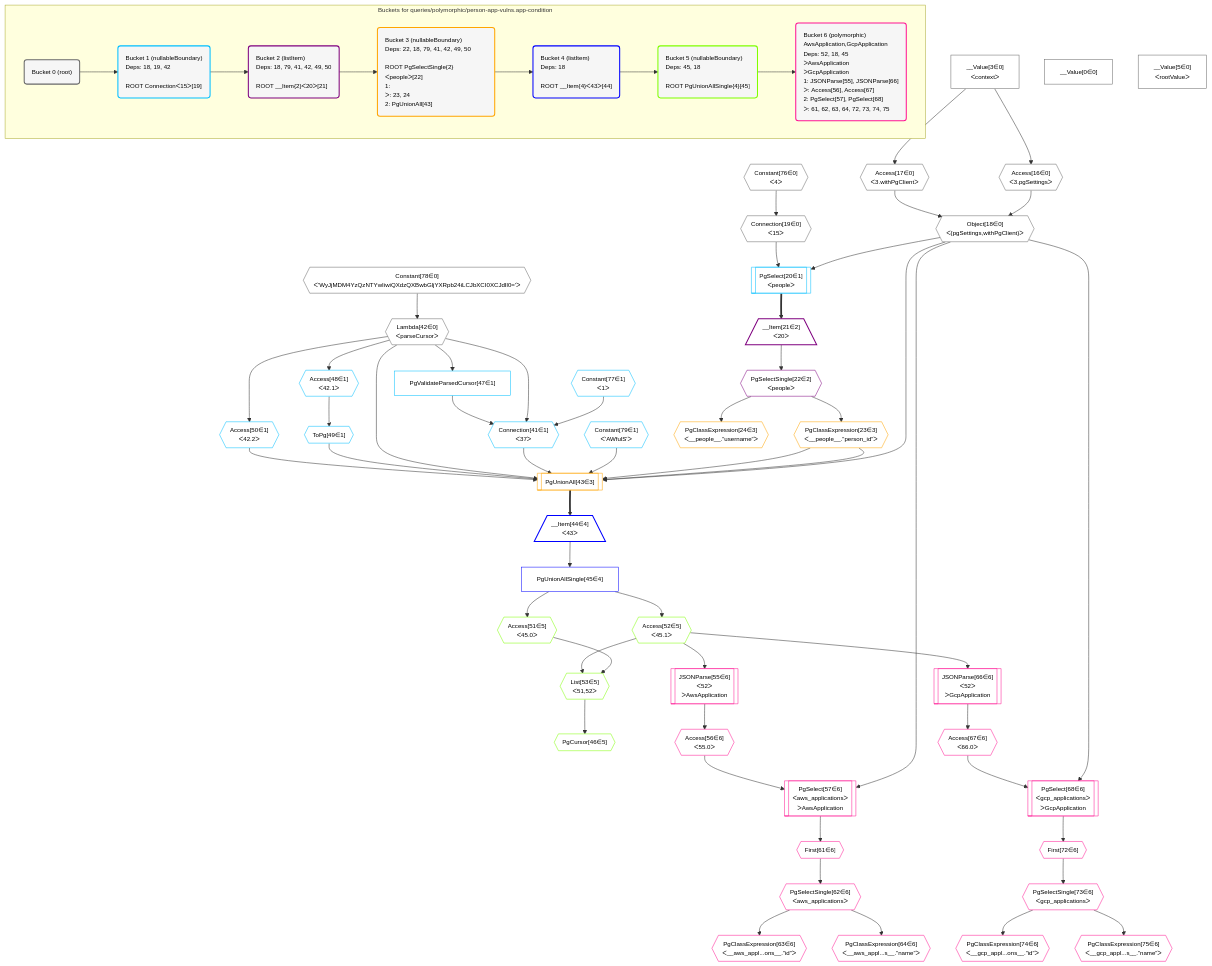
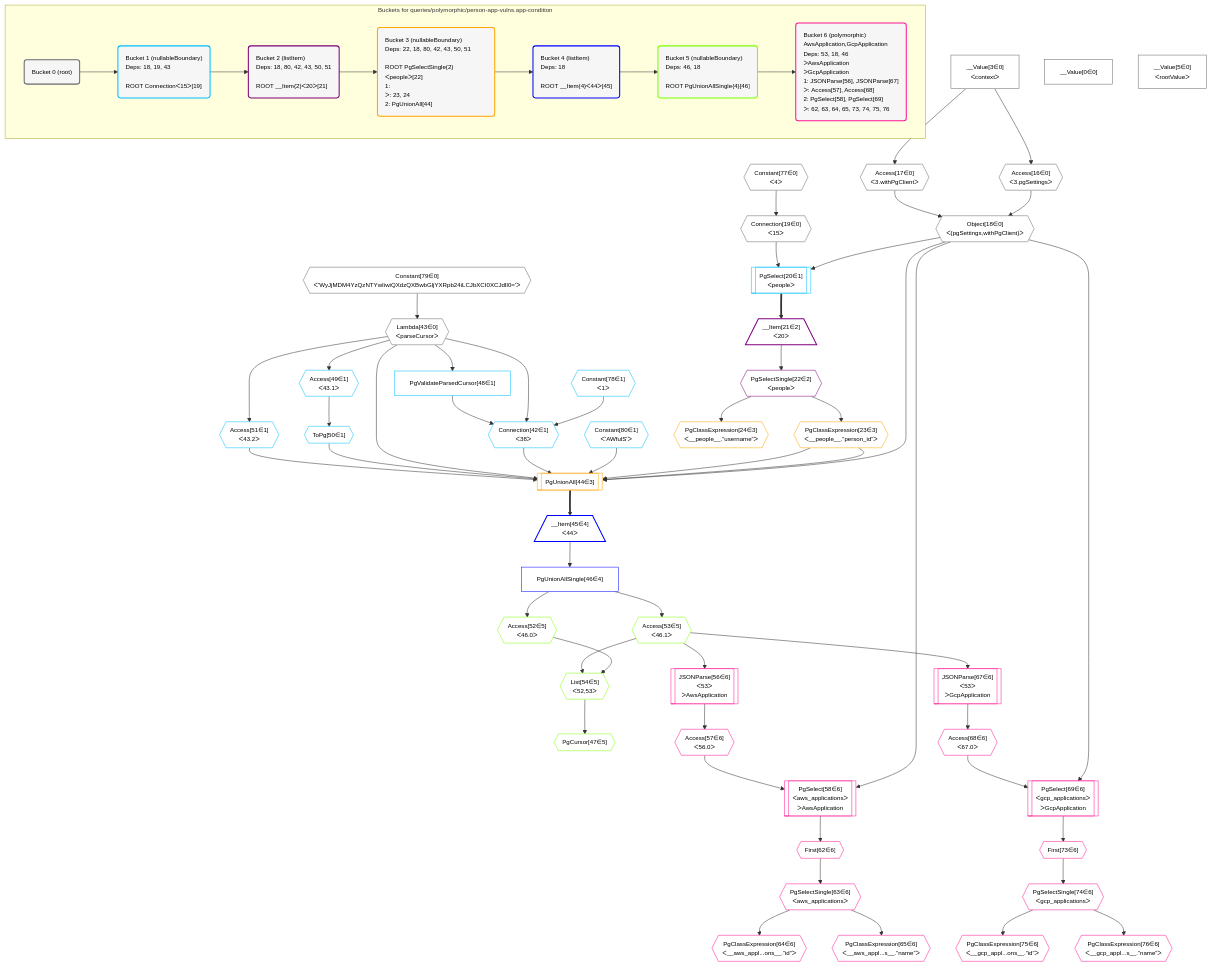
The diagram in postgraphile/postgraphile/__tests__/queries/polymorphic/person-app-vulns.app-condition.mermaid (graphile/crystal), drawn with Mermaid before and after one commit. The commit also changed 11 other files, not shown here.

Commit message:
Update mermaid plan diagrams and schema snapshots

```diff
--- a/postgraphile/postgraphile/__tests__/queries/polymorphic/person-app-vulns.app-condition.mermaid
+++ b/postgraphile/postgraphile/__tests__/queries/polymorphic/person-app-vulns.app-condition.mermaid
@@ -1,122 +1,122 @@
 %%{init: {'themeVariables': { 'fontSize': '12px'}}}%%
 graph TD
     classDef path fill:#eee,stroke:#000,color:#000
     classDef plan fill:#fff,stroke-width:1px,color:#000
     classDef itemplan fill:#fff,stroke-width:2px,color:#000
     classDef unbatchedplan fill:#dff,stroke-width:1px,color:#000
     classDef sideeffectplan fill:#fcc,stroke-width:2px,color:#000
     classDef bucket fill:#f6f6f6,color:#000,stroke-width:2px,text-align:left
 
 
     %% plan dependencies
     Object18{{"Object[18∈0]<br />ᐸ{pgSettings,withPgClient}ᐳ"}}:::plan
     Access16{{"Access[16∈0]<br />ᐸ3.pgSettingsᐳ"}}:::plan
     Access17{{"Access[17∈0]<br />ᐸ3.withPgClientᐳ"}}:::plan
     Access16 & Access17 --> Object18
     __Value3["__Value[3∈0]<br />ᐸcontextᐳ"]:::plan
     __Value3 --> Access16
     __Value3 --> Access17
     Connection19{{"Connection[19∈0]<br />ᐸ15ᐳ"}}:::plan
-    Constant76{{"Constant[76∈0]<br />ᐸ4ᐳ"}}:::plan
-    Constant76 --> Connection19
-    Lambda42{{"Lambda[42∈0]<br />ᐸparseCursorᐳ"}}:::plan
-    Constant78{{"Constant[78∈0]<br />ᐸ'WyJjMDM4YzQzNTYwIiwiQXdzQXBwbGljYXRpb24iLCJbXCI0XCJdIl0='ᐳ"}}:::plan
-    Constant78 --> Lambda42
+    Constant77{{"Constant[77∈0]<br />ᐸ4ᐳ"}}:::plan
+    Constant77 --> Connection19
+    Lambda43{{"Lambda[43∈0]<br />ᐸparseCursorᐳ"}}:::plan
+    Constant79{{"Constant[79∈0]<br />ᐸ'WyJjMDM4YzQzNTYwIiwiQXdzQXBwbGljYXRpb24iLCJbXCI0XCJdIl0='ᐳ"}}:::plan
+    Constant79 --> Lambda43
     __Value0["__Value[0∈0]"]:::plan
     __Value5["__Value[5∈0]<br />ᐸrootValueᐳ"]:::plan
-    Connection41{{"Connection[41∈1]<br />ᐸ37ᐳ"}}:::plan
-    Constant77{{"Constant[77∈1]<br />ᐸ1ᐳ"}}:::plan
-    PgValidateParsedCursor47["PgValidateParsedCursor[47∈1]"]:::plan
-    Constant77 & Lambda42 & PgValidateParsedCursor47 --> Connection41
+    Connection42{{"Connection[42∈1]<br />ᐸ38ᐳ"}}:::plan
+    Constant78{{"Constant[78∈1]<br />ᐸ1ᐳ"}}:::plan
+    PgValidateParsedCursor48["PgValidateParsedCursor[48∈1]"]:::plan
+    Constant78 & Lambda43 & PgValidateParsedCursor48 --> Connection42
     PgSelect20[["PgSelect[20∈1]<br />ᐸpeopleᐳ"]]:::plan
     Object18 & Connection19 --> PgSelect20
-    Lambda42 --> PgValidateParsedCursor47
-    Access48{{"Access[48∈1]<br />ᐸ42.1ᐳ"}}:::plan
-    Lambda42 --> Access48
-    ToPg49{{"ToPg[49∈1]"}}:::plan
-    Access48 --> ToPg49
-    Access50{{"Access[50∈1]<br />ᐸ42.2ᐳ"}}:::plan
-    Lambda42 --> Access50
-    Constant79{{"Constant[79∈1]<br />ᐸ'AWfulS'ᐳ"}}:::plan
+    Lambda43 --> PgValidateParsedCursor48
+    Access49{{"Access[49∈1]<br />ᐸ43.1ᐳ"}}:::plan
+    Lambda43 --> Access49
+    ToPg50{{"ToPg[50∈1]"}}:::plan
+    Access49 --> ToPg50
+    Access51{{"Access[51∈1]<br />ᐸ43.2ᐳ"}}:::plan
+    Lambda43 --> Access51
+    Constant80{{"Constant[80∈1]<br />ᐸ'AWfulS'ᐳ"}}:::plan
     __Item21[/"__Item[21∈2]<br />ᐸ20ᐳ"\]:::itemplan
     PgSelect20 ==> __Item21
     PgSelectSingle22{{"PgSelectSingle[22∈2]<br />ᐸpeopleᐳ"}}:::plan
     __Item21 --> PgSelectSingle22
-    PgUnionAll43[["PgUnionAll[43∈3]"]]:::plan
+    PgUnionAll44[["PgUnionAll[44∈3]"]]:::plan
     PgClassExpression23{{"PgClassExpression[23∈3]<br />ᐸ__people__.”person_id”ᐳ"}}:::plan
-    Object18 & PgClassExpression23 & PgClassExpression23 & Constant79 & Connection41 & Lambda42 & ToPg49 & Access50 --> PgUnionAll43
+    Object18 & PgClassExpression23 & PgClassExpression23 & Constant80 & Connection42 & Lambda43 & ToPg50 & Access51 --> PgUnionAll44
     PgSelectSingle22 --> PgClassExpression23
     PgClassExpression24{{"PgClassExpression[24∈3]<br />ᐸ__people__.”username”ᐳ"}}:::plan
     PgSelectSingle22 --> PgClassExpression24
-    __Item44[/"__Item[44∈4]<br />ᐸ43ᐳ"\]:::itemplan
-    PgUnionAll43 ==> __Item44
-    PgUnionAllSingle45["PgUnionAllSingle[45∈4]"]:::plan
-    __Item44 --> PgUnionAllSingle45
-    List53{{"List[53∈5]<br />ᐸ51,52ᐳ"}}:::plan
-    Access51{{"Access[51∈5]<br />ᐸ45.0ᐳ"}}:::plan
-    Access52{{"Access[52∈5]<br />ᐸ45.1ᐳ"}}:::plan
-    Access51 & Access52 --> List53
-    PgCursor46{{"PgCursor[46∈5]"}}:::plan
-    List53 --> PgCursor46
-    PgUnionAllSingle45 --> Access51
-    PgUnionAllSingle45 --> Access52
-    PgSelect57[["PgSelect[57∈6]<br />ᐸaws_applicationsᐳ<br />ᐳAwsApplication"]]:::plan
-    Access56{{"Access[56∈6]<br />ᐸ55.0ᐳ"}}:::plan
-    Object18 & Access56 --> PgSelect57
-    PgSelect68[["PgSelect[68∈6]<br />ᐸgcp_applicationsᐳ<br />ᐳGcpApplication"]]:::plan
-    Access67{{"Access[67∈6]<br />ᐸ66.0ᐳ"}}:::plan
-    Object18 & Access67 --> PgSelect68
-    JSONParse55[["JSONParse[55∈6]<br />ᐸ52ᐳ<br />ᐳAwsApplication"]]:::plan
-    Access52 --> JSONParse55
-    JSONParse55 --> Access56
-    First61{{"First[61∈6]"}}:::plan
-    PgSelect57 --> First61
-    PgSelectSingle62{{"PgSelectSingle[62∈6]<br />ᐸaws_applicationsᐳ"}}:::plan
-    First61 --> PgSelectSingle62
-    PgClassExpression63{{"PgClassExpression[63∈6]<br />ᐸ__aws_appl...ons__.”id”ᐳ"}}:::plan
-    PgSelectSingle62 --> PgClassExpression63
-    PgClassExpression64{{"PgClassExpression[64∈6]<br />ᐸ__aws_appl...s__.”name”ᐳ"}}:::plan
-    PgSelectSingle62 --> PgClassExpression64
-    JSONParse66[["JSONParse[66∈6]<br />ᐸ52ᐳ<br />ᐳGcpApplication"]]:::plan
-    Access52 --> JSONParse66
-    JSONParse66 --> Access67
-    First72{{"First[72∈6]"}}:::plan
-    PgSelect68 --> First72
-    PgSelectSingle73{{"PgSelectSingle[73∈6]<br />ᐸgcp_applicationsᐳ"}}:::plan
-    First72 --> PgSelectSingle73
-    PgClassExpression74{{"PgClassExpression[74∈6]<br />ᐸ__gcp_appl...ons__.”id”ᐳ"}}:::plan
-    PgSelectSingle73 --> PgClassExpression74
-    PgClassExpression75{{"PgClassExpression[75∈6]<br />ᐸ__gcp_appl...s__.”name”ᐳ"}}:::plan
-    PgSelectSingle73 --> PgClassExpression75
+    __Item45[/"__Item[45∈4]<br />ᐸ44ᐳ"\]:::itemplan
+    PgUnionAll44 ==> __Item45
+    PgUnionAllSingle46["PgUnionAllSingle[46∈4]"]:::plan
+    __Item45 --> PgUnionAllSingle46
+    List54{{"List[54∈5]<br />ᐸ52,53ᐳ"}}:::plan
+    Access52{{"Access[52∈5]<br />ᐸ46.0ᐳ"}}:::plan
+    Access53{{"Access[53∈5]<br />ᐸ46.1ᐳ"}}:::plan
+    Access52 & Access53 --> List54
+    PgCursor47{{"PgCursor[47∈5]"}}:::plan
+    List54 --> PgCursor47
+    PgUnionAllSingle46 --> Access52
+    PgUnionAllSingle46 --> Access53
+    PgSelect58[["PgSelect[58∈6]<br />ᐸaws_applicationsᐳ<br />ᐳAwsApplication"]]:::plan
+    Access57{{"Access[57∈6]<br />ᐸ56.0ᐳ"}}:::plan
+    Object18 & Access57 --> PgSelect58
+    PgSelect69[["PgSelect[69∈6]<br />ᐸgcp_applicationsᐳ<br />ᐳGcpApplication"]]:::plan
+    Access68{{"Access[68∈6]<br />ᐸ67.0ᐳ"}}:::plan
+    Object18 & Access68 --> PgSelect69
+    JSONParse56[["JSONParse[56∈6]<br />ᐸ53ᐳ<br />ᐳAwsApplication"]]:::plan
+    Access53 --> JSONParse56
+    JSONParse56 --> Access57
+    First62{{"First[62∈6]"}}:::plan
+    PgSelect58 --> First62
+    PgSelectSingle63{{"PgSelectSingle[63∈6]<br />ᐸaws_applicationsᐳ"}}:::plan
+    First62 --> PgSelectSingle63
+    PgClassExpression64{{"PgClassExpression[64∈6]<br />ᐸ__aws_appl...ons__.”id”ᐳ"}}:::plan
+    PgSelectSingle63 --> PgClassExpression64
+    PgClassExpression65{{"PgClassExpression[65∈6]<br />ᐸ__aws_appl...s__.”name”ᐳ"}}:::plan
+    PgSelectSingle63 --> PgClassExpression65
+    JSONParse67[["JSONParse[67∈6]<br />ᐸ53ᐳ<br />ᐳGcpApplication"]]:::plan
+    Access53 --> JSONParse67
+    JSONParse67 --> Access68
+    First73{{"First[73∈6]"}}:::plan
+    PgSelect69 --> First73
+    PgSelectSingle74{{"PgSelectSingle[74∈6]<br />ᐸgcp_applicationsᐳ"}}:::plan
+    First73 --> PgSelectSingle74
+    PgClassExpression75{{"PgClassExpression[75∈6]<br />ᐸ__gcp_appl...ons__.”id”ᐳ"}}:::plan
+    PgSelectSingle74 --> PgClassExpression75
+    PgClassExpression76{{"PgClassExpression[76∈6]<br />ᐸ__gcp_appl...s__.”name”ᐳ"}}:::plan
+    PgSelectSingle74 --> PgClassExpression76
 
     %% define steps
 
     subgraph "Buckets for queries/polymorphic/person-app-vulns.app-condition"
     Bucket0("Bucket 0 (root)"):::bucket
     classDef bucket0 stroke:#696969
-    class Bucket0,__Value0,__Value3,__Value5,Access16,Access17,Object18,Connection19,Lambda42,Constant76,Constant78 bucket0
-    Bucket1("Bucket 1 (nullableBoundary)<br />Deps: 18, 19, 42<br /><br />ROOT Connectionᐸ15ᐳ[19]"):::bucket
+    class Bucket0,__Value0,__Value3,__Value5,Access16,Access17,Object18,Connection19,Lambda43,Constant77,Constant79 bucket0
+    Bucket1("Bucket 1 (nullableBoundary)<br />Deps: 18, 19, 43<br /><br />ROOT Connectionᐸ15ᐳ[19]"):::bucket
     classDef bucket1 stroke:#00bfff
-    class Bucket1,PgSelect20,Connection41,PgValidateParsedCursor47,Access48,ToPg49,Access50,Constant77,Constant79 bucket1
-    Bucket2("Bucket 2 (listItem)<br />Deps: 18, 79, 41, 42, 49, 50<br /><br />ROOT __Item{2}ᐸ20ᐳ[21]"):::bucket
+    class Bucket1,PgSelect20,Connection42,PgValidateParsedCursor48,Access49,ToPg50,Access51,Constant78,Constant80 bucket1
+    Bucket2("Bucket 2 (listItem)<br />Deps: 18, 80, 42, 43, 50, 51<br /><br />ROOT __Item{2}ᐸ20ᐳ[21]"):::bucket
     classDef bucket2 stroke:#7f007f
     class Bucket2,__Item21,PgSelectSingle22 bucket2
-    Bucket3("Bucket 3 (nullableBoundary)<br />Deps: 22, 18, 79, 41, 42, 49, 50<br /><br />ROOT PgSelectSingle{2}ᐸpeopleᐳ[22]<br />1: <br />ᐳ: 23, 24<br />2: PgUnionAll[43]"):::bucket
+    Bucket3("Bucket 3 (nullableBoundary)<br />Deps: 22, 18, 80, 42, 43, 50, 51<br /><br />ROOT PgSelectSingle{2}ᐸpeopleᐳ[22]<br />1: <br />ᐳ: 23, 24<br />2: PgUnionAll[44]"):::bucket
     classDef bucket3 stroke:#ffa500
-    class Bucket3,PgClassExpression23,PgClassExpression24,PgUnionAll43 bucket3
-    Bucket4("Bucket 4 (listItem)<br />Deps: 18<br /><br />ROOT __Item{4}ᐸ43ᐳ[44]"):::bucket
+    class Bucket3,PgClassExpression23,PgClassExpression24,PgUnionAll44 bucket3
+    Bucket4("Bucket 4 (listItem)<br />Deps: 18<br /><br />ROOT __Item{4}ᐸ44ᐳ[45]"):::bucket
     classDef bucket4 stroke:#0000ff
-    class Bucket4,__Item44,PgUnionAllSingle45 bucket4
-    Bucket5("Bucket 5 (nullableBoundary)<br />Deps: 45, 18<br /><br />ROOT PgUnionAllSingle{4}[45]"):::bucket
+    class Bucket4,__Item45,PgUnionAllSingle46 bucket4
+    Bucket5("Bucket 5 (nullableBoundary)<br />Deps: 46, 18<br /><br />ROOT PgUnionAllSingle{4}[46]"):::bucket
     classDef bucket5 stroke:#7fff00
-    class Bucket5,PgCursor46,Access51,Access52,List53 bucket5
-    Bucket6("Bucket 6 (polymorphic)<br />AwsApplication,GcpApplication<br />Deps: 52, 18, 45<br />ᐳAwsApplication<br />ᐳGcpApplication<br />1: JSONParse[55], JSONParse[66]<br />ᐳ: Access[56], Access[67]<br />2: PgSelect[57], PgSelect[68]<br />ᐳ: 61, 62, 63, 64, 72, 73, 74, 75"):::bucket
+    class Bucket5,PgCursor47,Access52,Access53,List54 bucket5
+    Bucket6("Bucket 6 (polymorphic)<br />AwsApplication,GcpApplication<br />Deps: 53, 18, 46<br />ᐳAwsApplication<br />ᐳGcpApplication<br />1: JSONParse[56], JSONParse[67]<br />ᐳ: Access[57], Access[68]<br />2: PgSelect[58], PgSelect[69]<br />ᐳ: 62, 63, 64, 65, 73, 74, 75, 76"):::bucket
     classDef bucket6 stroke:#ff1493
-    class Bucket6,JSONParse55,Access56,PgSelect57,First61,PgSelectSingle62,PgClassExpression63,PgClassExpression64,JSONParse66,Access67,PgSelect68,First72,PgSelectSingle73,PgClassExpression74,PgClassExpression75 bucket6
+    class Bucket6,JSONParse56,Access57,PgSelect58,First62,PgSelectSingle63,PgClassExpression64,PgClassExpression65,JSONParse67,Access68,PgSelect69,First73,PgSelectSingle74,PgClassExpression75,PgClassExpression76 bucket6
     Bucket0 --> Bucket1
     Bucket1 --> Bucket2
     Bucket2 --> Bucket3
     Bucket3 --> Bucket4
     Bucket4 --> Bucket5
     Bucket5 --> Bucket6
     end
```
